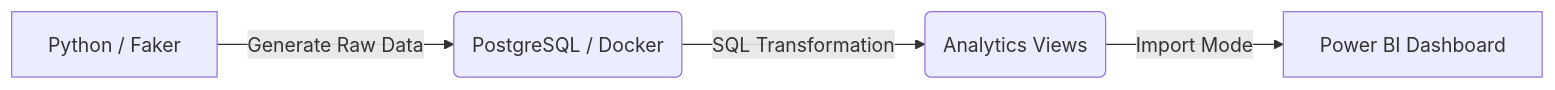
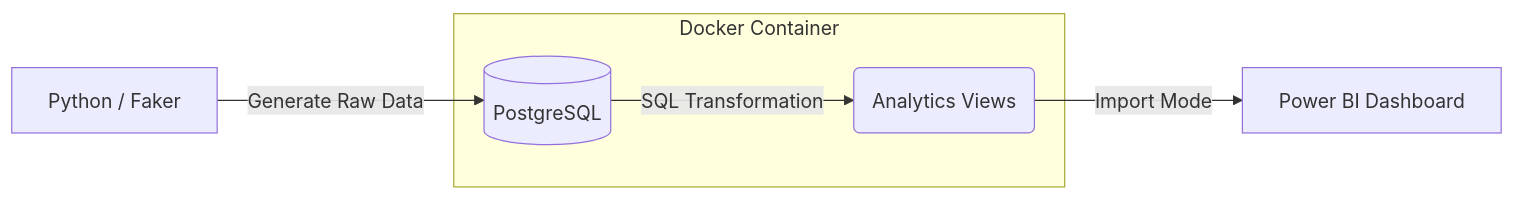
The diagram in README.md (jillpg/TaskFlow_Analytics), drawn with Mermaid before and after one commit.

Commit message:
docs: fix architecture diagram

````diff
--- a/README.md
+++ b/README.md
@@ -65,6 +65,12 @@
 ```mermaid
 graph LR
-    A[Python / Faker] -->|Generate Raw Data| B(PostgreSQL / Docker)
-    B -->|SQL Transformation| C(Analytics Views)
+    A[Python / Faker] -->|Generate Raw Data| B
+
+    subgraph Docker Container
+        B[(PostgreSQL)]
+        C(Analytics Views)
+        B -->|SQL Transformation| C
+    end
+
     C -->|Import Mode| D[Power BI Dashboard]
 ```
````
